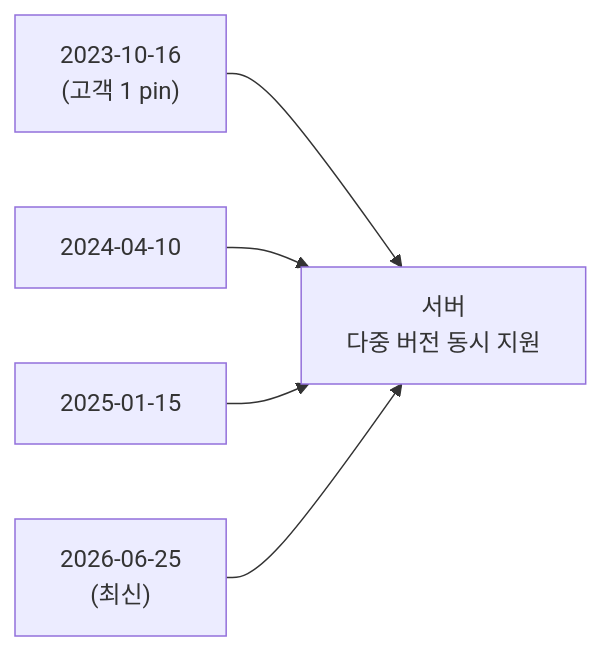
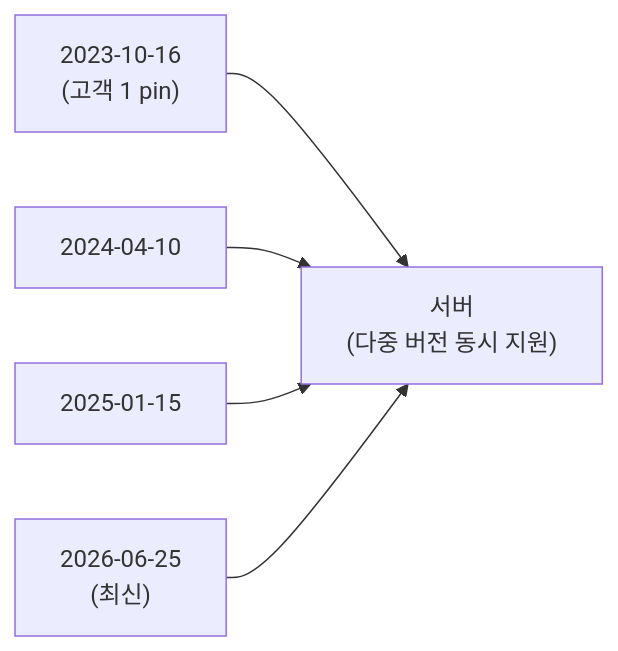
One commit to shinkeonkim/shinkeonkim.github.io changed the second of 4 diagrams in src/content/wiki/api-design/api-versioning.mdx. Above: the diagram before and after it, drawn with Mermaid. The commit also changed other lines of this file and 526 other files, not shown here.

First line of the commit message:
content(wiki): 전수조사 및 대규모 보강 (짧은 파일 0, mermaid +645)

````diff
--- a/src/content/wiki/api-design/api-versioning.mdx
+++ b/src/content/wiki/api-design/api-versioning.mdx
@@ -82,8 +86,8 @@
 ```mermaid
 flowchart LR
-    A["2023-10-16<br/>(고객 1 pin)"] --> Implementation
-    B[2024-04-10] --> Implementation
-    C[2025-01-15] --> Implementation
-    D["2026-06-25<br/>(최신)"] --> Implementation
-    Implementation[서버<br/>다중 버전 동시 지원]
+    A["2023-10-16<br/>(고객 1 pin)"] --> Impl
+    B[2024-04-10] --> Impl
+    C[2025-01-15] --> Impl
+    D["2026-06-25<br/>(최신)"] --> Impl
+    Impl["서버<br/>(다중 버전 동시 지원)"]
 ```
````
